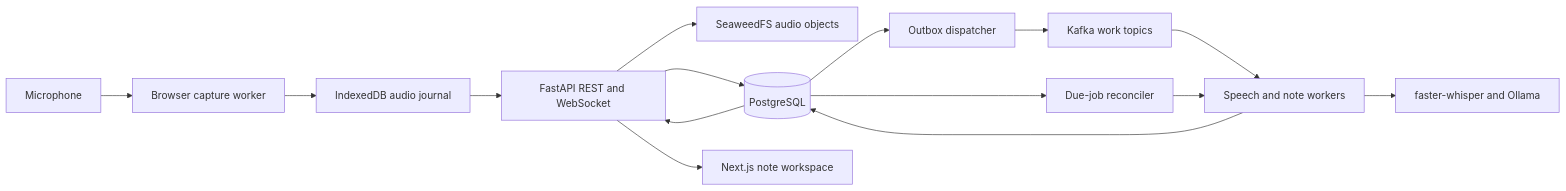
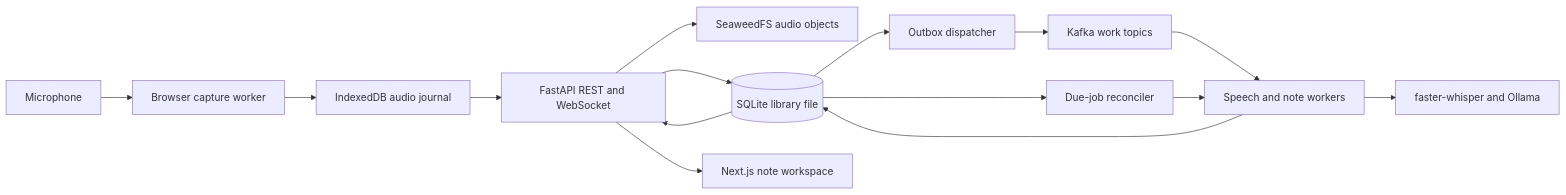
Before and after one commit to akulusprimerift/Notetaker-App: the diagram in docs/architecture/phase-3-architecture.md, drawn with Mermaid. The commit also changed other lines of this file and 70 other files, not shown here.

````diff
--- a/docs/architecture/phase-3-architecture.md
+++ b/docs/architecture/phase-3-architecture.md
@@ -28,17 +28,17 @@
 ```mermaid
 flowchart LR
     Mic[Microphone] --> Capture[Browser capture worker]
     Capture --> Local[IndexedDB audio journal]
     Local --> API[FastAPI REST and WebSocket]
     API --> Objects[SeaweedFS audio objects]
-    API --> DB[(PostgreSQL)]
+    API --> DB[(SQLite library file)]
     DB --> Outbox[Outbox dispatcher]
     Outbox --> Kafka[Kafka work topics]
     Kafka --> Workers[Speech and note workers]
     DB --> Recovery[Due-job reconciler]
     Recovery --> Workers
     Workers --> Models[faster-whisper and Ollama]
     Workers --> DB
     DB --> API
     API --> Notes[Next.js note workspace]
 ```
````
